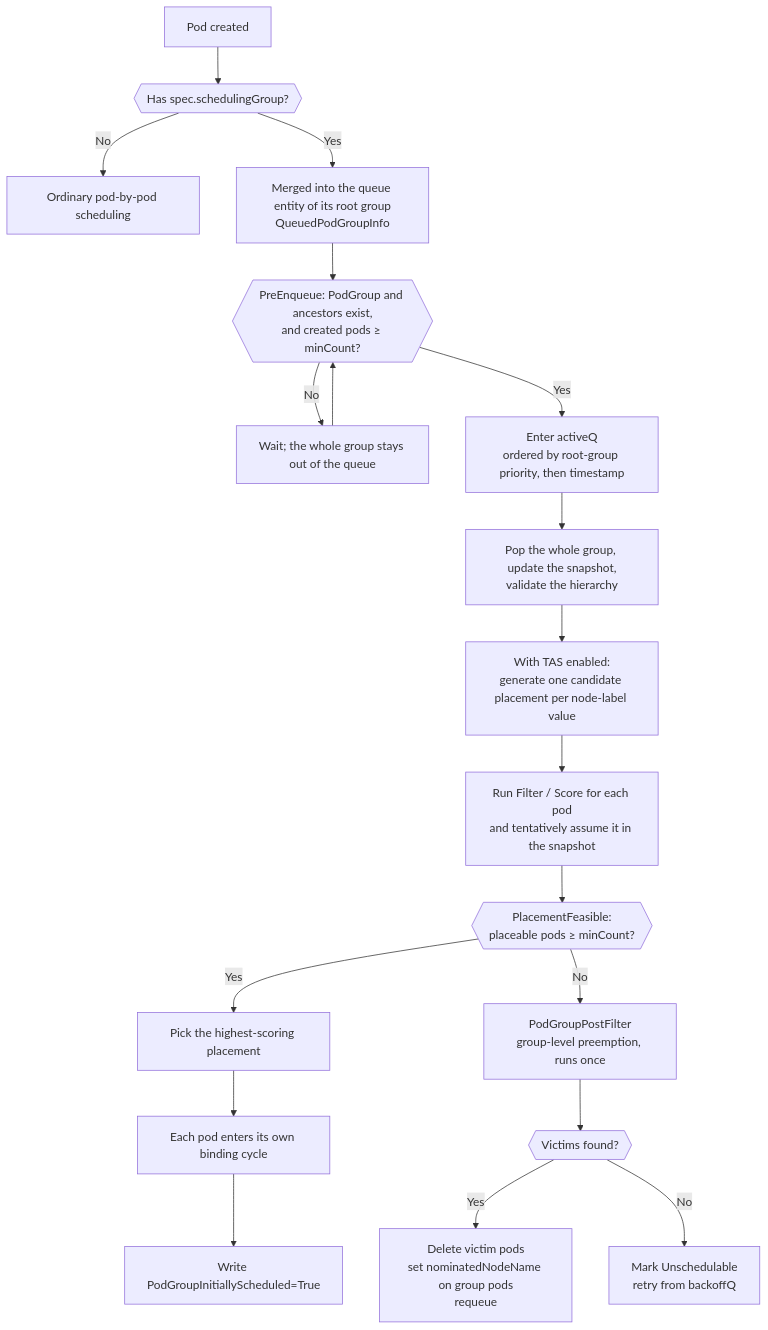
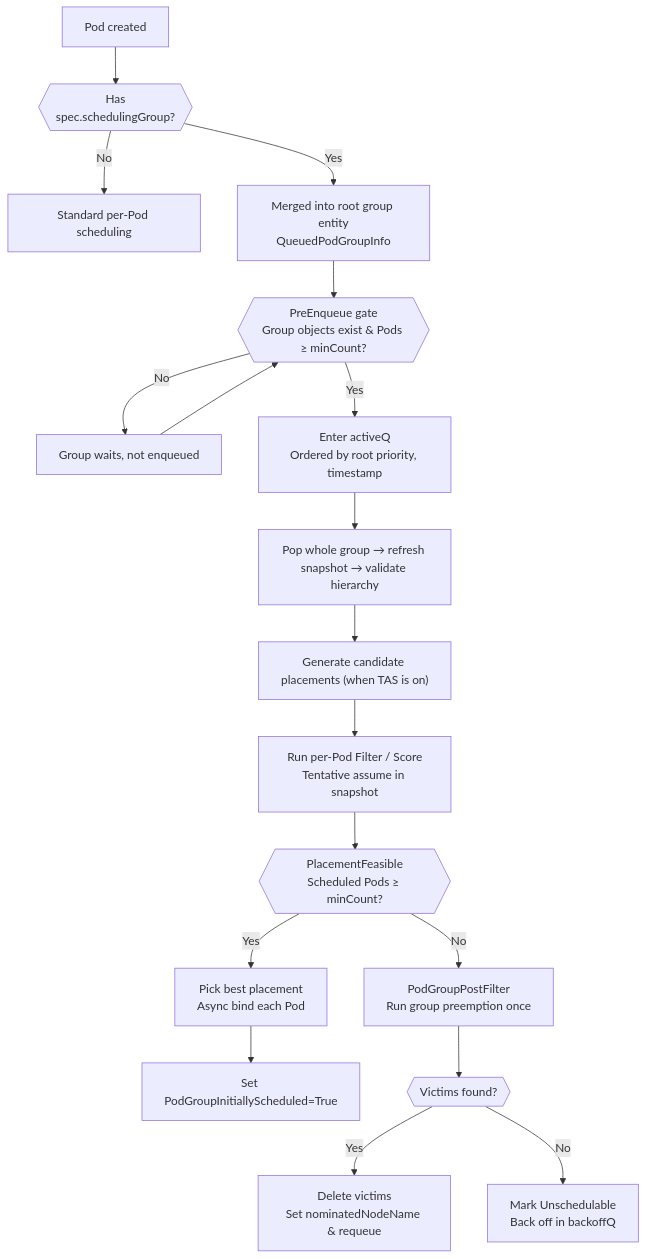
The third of 15 diagrams in docs/research/k8s-workload-aware-scheduling-vs-volcano.md (JesseStutler/volcano), drawn with Mermaid before and after one commit. The commit also changed other lines of this file and 1 other file, not shown here.

First line of the commit message:
docs: improve readability of upstream PodGroup vs Volcano report

````diff
--- a/docs/research/k8s-workload-aware-scheduling-vs-volcano.md
+++ b/docs/research/k8s-workload-aware-scheduling-vs-volcano.md
@@ -156,21 +114,20 @@
 ```mermaid
 flowchart TD
-    A["Pod created"] --> B{{"Has spec.schedulingGroup?"}}
-    B -- No --> C["Ordinary pod-by-pod scheduling"]
-    B -- Yes --> D["Merged into the queue entity of its root group<br/>QueuedPodGroupInfo"]
-    D --> E{{"PreEnqueue: PodGroup and ancestors exist,<br/>and created pods ≥ minCount?"}}
-    E -- No --> F["Wait; the whole group stays out of the queue"]
+    A["Pod created"] --> B{{"Has<br/>spec.schedulingGroup?"}}
+    B -- No --> C["Standard per-Pod scheduling"]
+    B -- Yes --> D["Merged into root group entity<br/>QueuedPodGroupInfo"]
+    D --> E{{"PreEnqueue gate<br/>Group objects exist & Pods ≥ minCount?"}}
+    E -- No --> F["Group waits, not enqueued"]
     F --> E
-    E -- Yes --> G["Enter activeQ<br/>ordered by root-group priority, then timestamp"]
-    G --> H["Pop the whole group, update the snapshot,<br/>validate the hierarchy"]
-    H --> I["With TAS enabled:<br/>generate one candidate placement per node-label value"]
-    I --> J["Run Filter / Score for each pod<br/>and tentatively assume it in the snapshot"]
-    J --> K{{"PlacementFeasible:<br/>placeable pods ≥ minCount?"}}
-    K -- Yes --> L["Pick the highest-scoring placement"]
-    L --> M["Each pod enters its own binding cycle"]
-    M --> N["Write PodGroupInitiallyScheduled=True"]
-    K -- No --> O["PodGroupPostFilter<br/>group-level preemption, runs once"]
-    O --> P{{"Victims found?"}}
-    P -- Yes --> Q["Delete victim pods<br/>set nominatedNodeName on group pods<br/>requeue"]
-    P -- No --> R["Mark Unschedulable<br/>retry from backoffQ"]
+    E -- Yes --> G["Enter activeQ<br/>Ordered by root priority, timestamp"]
+    G --> H["Pop whole group → refresh snapshot → validate hierarchy"]
+    H --> I["Generate candidate placements (when TAS is on)"]
+    I --> J["Run per-Pod Filter / Score<br/>Tentative assume in snapshot"]
+    J --> K{{"PlacementFeasible<br/>Scheduled Pods ≥ minCount?"}}
+    K -- Yes --> L["Pick best placement<br/>Async bind each Pod"]
+    L --> M["Set PodGroupInitiallyScheduled=True"]
+    K -- No --> N["PodGroupPostFilter<br/>Run group preemption once"]
+    N --> O{{"Victims found?"}}
+    O -- Yes --> P["Delete victims<br/>Set nominatedNodeName & requeue"]
+    O -- No --> Q["Mark Unschedulable<br/>Back off in backoffQ"]
 ```
````
